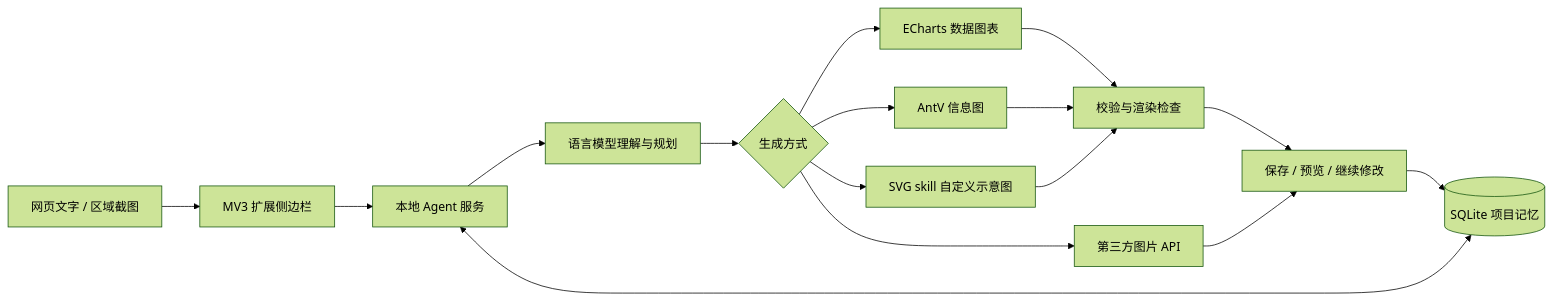
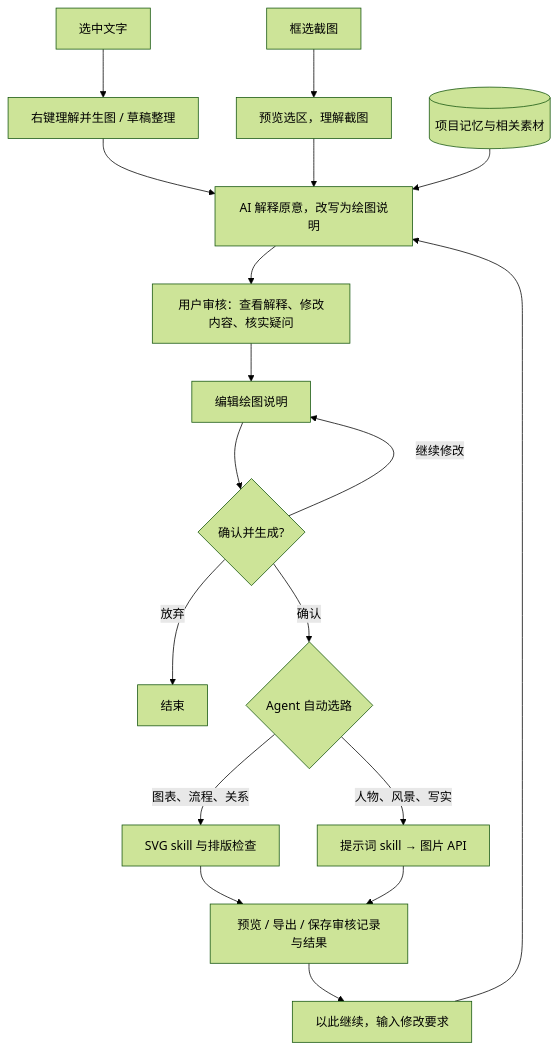
The diagram in README.md (jiaoqihao/frame-agent), drawn with Mermaid (forest theme) before and after one commit. The commit also changed other lines of this file and 24 other files, not shown here.

````diff
--- a/README.md
+++ b/README.md
@@ -28,18 +11,20 @@
 ```mermaid
-flowchart LR
-  A[网页文字 / 区域截图] --> B[MV3 扩展侧边栏]
-  B --> C[本地 Agent 服务]
-  M[(SQLite 项目记忆)] <--> C
-  C --> D[语言模型理解与规划]
-  D --> E{生成方式}
-  E --> F[ECharts 数据图表]
-  E --> G[AntV 信息图]
-  E --> H[SVG skill 自定义示意图]
-  E --> I[第三方图片 API]
-  F --> J[校验与渲染检查]
-  G --> J
-  H --> J
-  J --> K[保存 / 预览 / 继续修改]
-  I --> K
-  K --> M
+flowchart TD
+  T[选中文字] --> C[右键理解并生图 / 草稿整理]
+  S[框选截图] --> P[预览选区，理解截图]
+  C --> A[AI 解释原意，改写为绘图说明]
+  P --> A
+  M[(项目记忆与相关素材)] --> A
+  A --> R[用户审核：查看解释、修改内容、核实疑问]
+  R --> E[编辑绘图说明]
+  E --> Q{确认并生成?}
+  Q -->|继续修改| E
+  Q -->|放弃| X[结束]
+  Q -->|确认| B{Agent 自动选路}
+  B -->|图表、流程、关系| V[SVG skill 与排版检查]
+  B -->|人物、风景、写实| I[提示词 skill → 图片 API]
+  V --> O[预览 / 导出 / 保存审核记录与结果]
+  I --> O
+  O --> N[以此继续，输入修改要求]
+  N --> A
 ```
````
